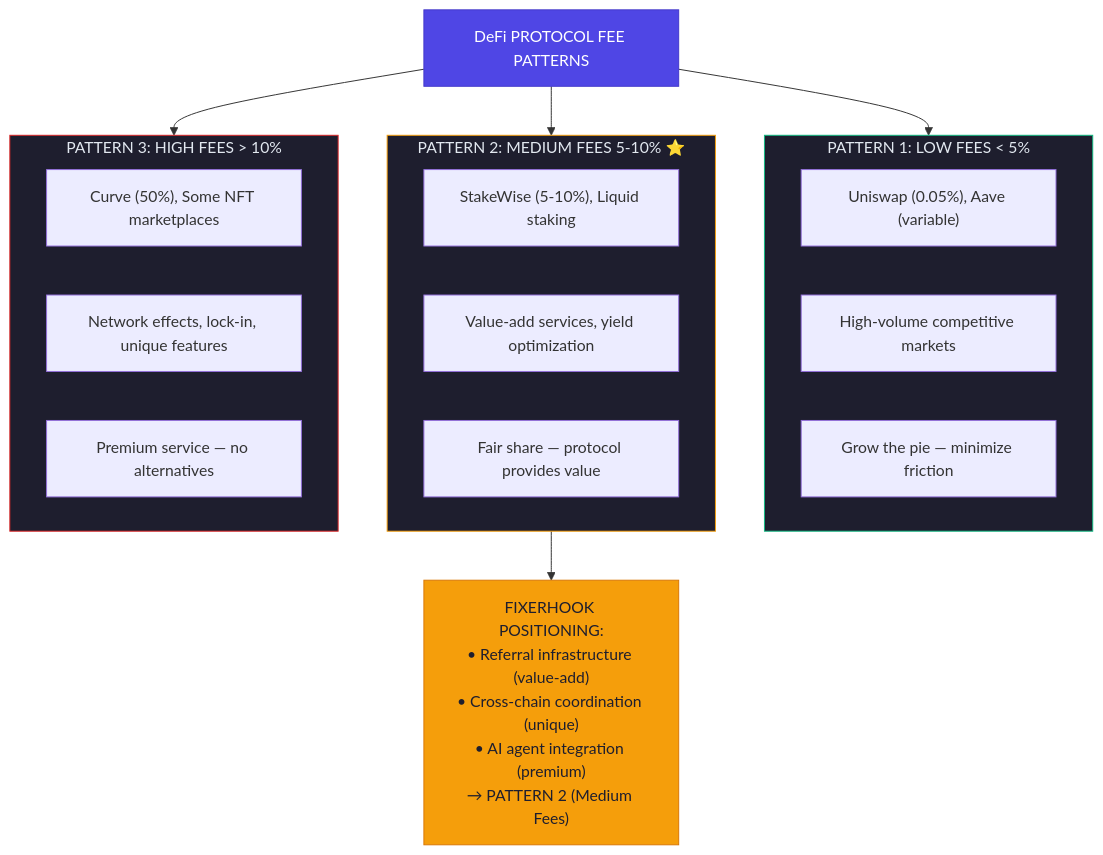
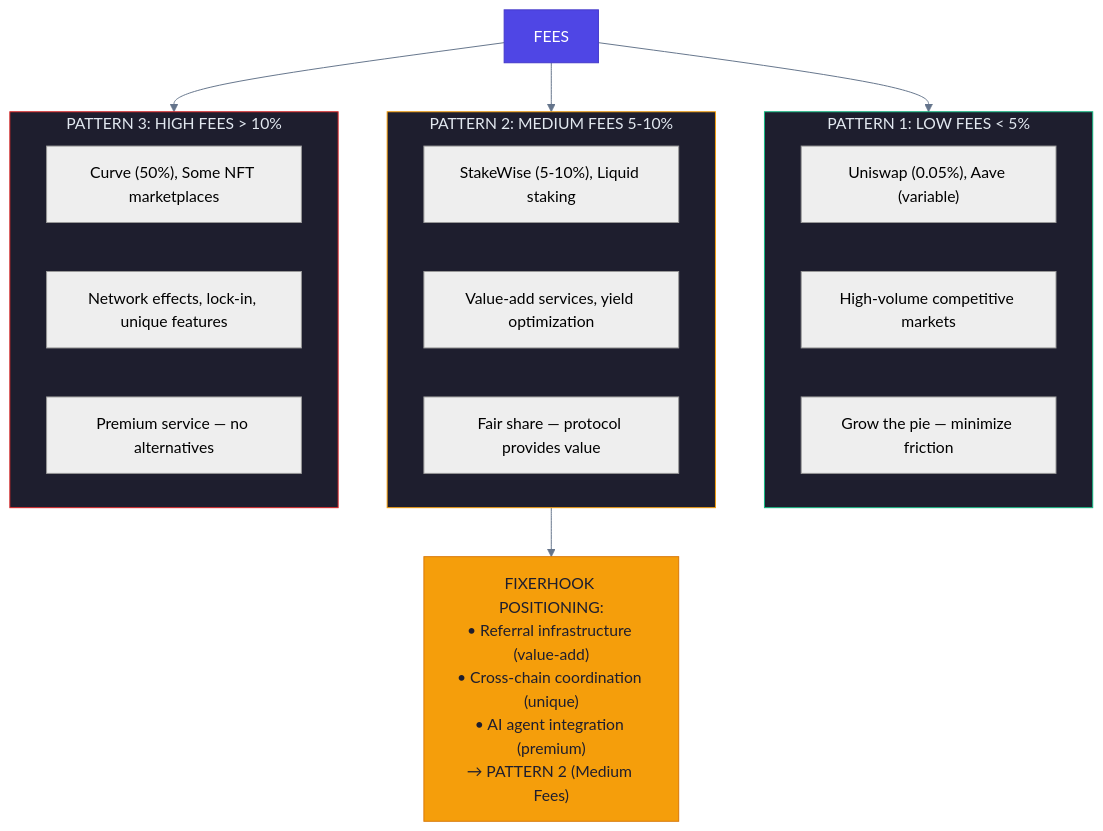
The seventh of 11 diagrams in docs/MARKET_SENTIMENT_ANALYSIS.md (guglxni/the-fixer-hook), drawn with Mermaid before and after one commit. The commit also changed other lines of this file and 514 other files, not shown here.

Commit message:
Clean docs: remove emojis, add professional mermaid styling

````diff
--- a/docs/MARKET_SENTIMENT_ANALYSIS.md
+++ b/docs/MARKET_SENTIMENT_ANALYSIS.md
@@ -320,34 +300,29 @@
 ```mermaid
+%%{init: {'theme': 'neutral', 'themeVariables': { 'primaryColor': '#2563eb', 'primaryTextColor': '#1e293b', 'primaryBorderColor': '#3b82f6', 'lineColor': '#64748b', 'secondaryColor': '#f1f5f9', 'tertiaryColor': '#e2e8f0'}}}%%
 flowchart TD
-    FEES["DeFi PROTOCOL FEE PATTERNS"]
     FEES --> LOW
     FEES --> MED
     FEES --> HIGH
-
     subgraph LOW["PATTERN 1: LOW FEES < 5%"]
         L1["Uniswap (0.05%), Aave (variable)"]
         L2["High-volume competitive markets"]
         L3["Grow the pie — minimize friction"]
     end
-
-    subgraph MED["PATTERN 2: MEDIUM FEES 5-10% ⭐"]
+    subgraph MED["PATTERN 2: MEDIUM FEES 5-10% "]
         M1["StakeWise (5-10%), Liquid staking"]
         M2["Value-add services, yield optimization"]
         M3["Fair share — protocol provides value"]
     end
-
     subgraph HIGH["PATTERN 3: HIGH FEES > 10%"]
         H1["Curve (50%), Some NFT marketplaces"]
         H2["Network effects, lock-in, unique features"]
         H3["Premium service — no alternatives"]
     end
-
     FH["FIXERHOOK POSITIONING:\n• Referral infrastructure (value-add)\n• Cross-chain coordination (unique)\n• AI agent integration (premium)\n→ PATTERN 2 (Medium Fees)"]
     MED --> FH
-
     style FEES fill:#4F46E5,color:#FFFFFF,stroke:#4338CA
     style LOW fill:#1E1E2E,color:#E2E8F0,stroke:#10B981
     style MED fill:#1E1E2E,color:#E2E8F0,stroke:#F59E0B
     style HIGH fill:#1E1E2E,color:#E2E8F0,stroke:#DC2626
     style FH fill:#F59E0B,color:#1E1E2E,stroke:#D97706
 ```
````
